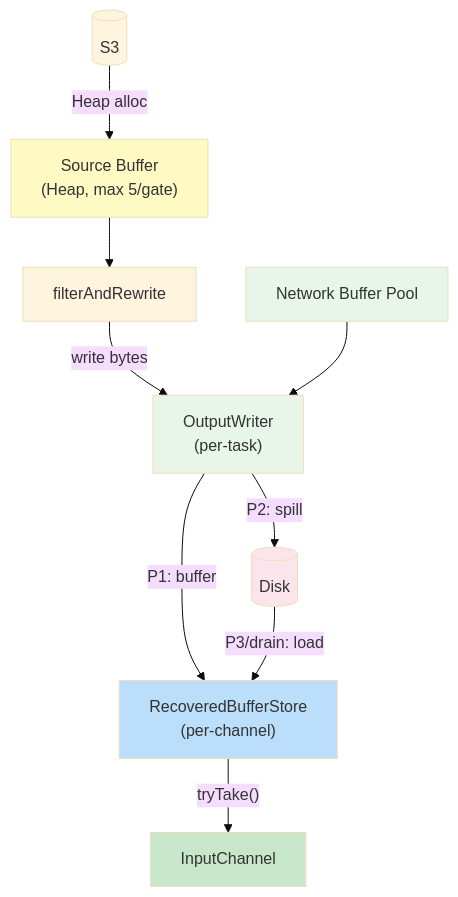
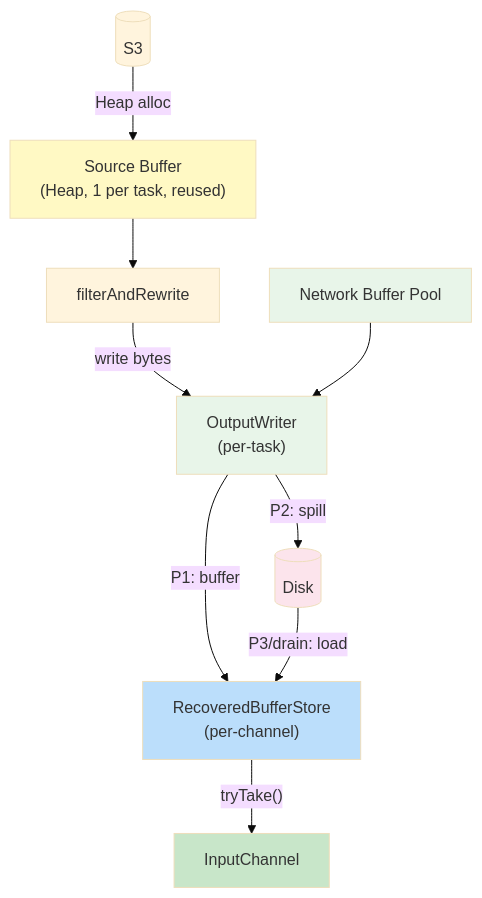
Before and after one commit to 1996fanrui/flink: the second of 6 diagrams in requirements/38544/data_flow.md, drawn with Mermaid (base theme). The commit also changed 6 other files, not shown here.

````diff
--- a/requirements/38544/data_flow.md
+++ b/requirements/38544/data_flow.md
@@ -26,26 +26,26 @@
 ```mermaid
 graph TD
     S3[(S3)]
-    SB["Source Buffer<br/>(Heap, max 5/gate)"]
+    SB["Source Buffer<br/>(Heap, 1 per task, reused)"]
     Filter["filterAndRewrite"]
     OW["OutputWriter<br/>(per-task)"]
     Pool["Network Buffer Pool"]
     Disk[(Disk)]
     Store["RecoveredBufferStore<br/>(per-channel)"]
     IC["InputChannel"]
 
     S3 -->|"Heap alloc"| SB
     SB --> Filter -->|"write bytes"| OW
     Pool --> OW
     OW -->|"P1: buffer"| Store
     OW -->|"P2: spill"| Disk
     Disk -->|"P3/drain: load"| Store
     Store -->|"tryTake()"| IC
 
     style SB fill:#fff9c4
     style OW fill:#e8f5e9
     style Pool fill:#e8f5e9
     style Disk fill:#fce4ec
     style Store fill:#bbdefb
     style IC fill:#c8e6c9
 ```
````
